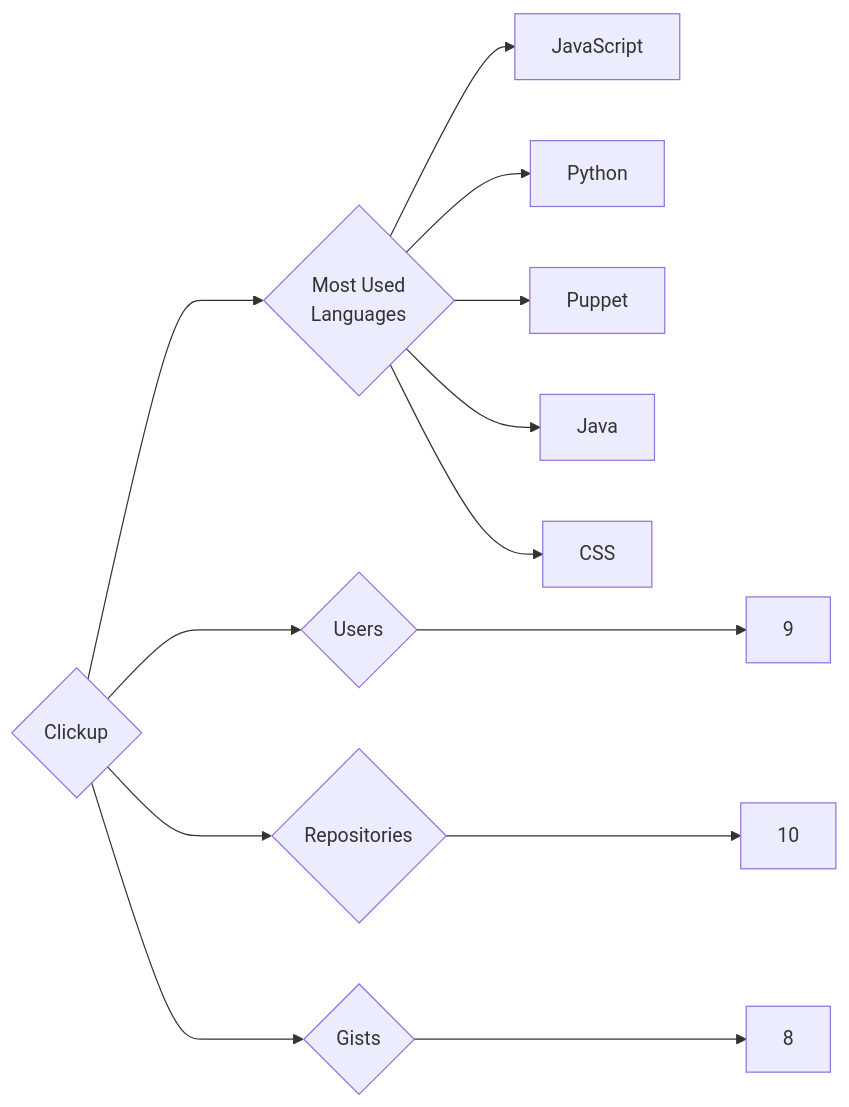
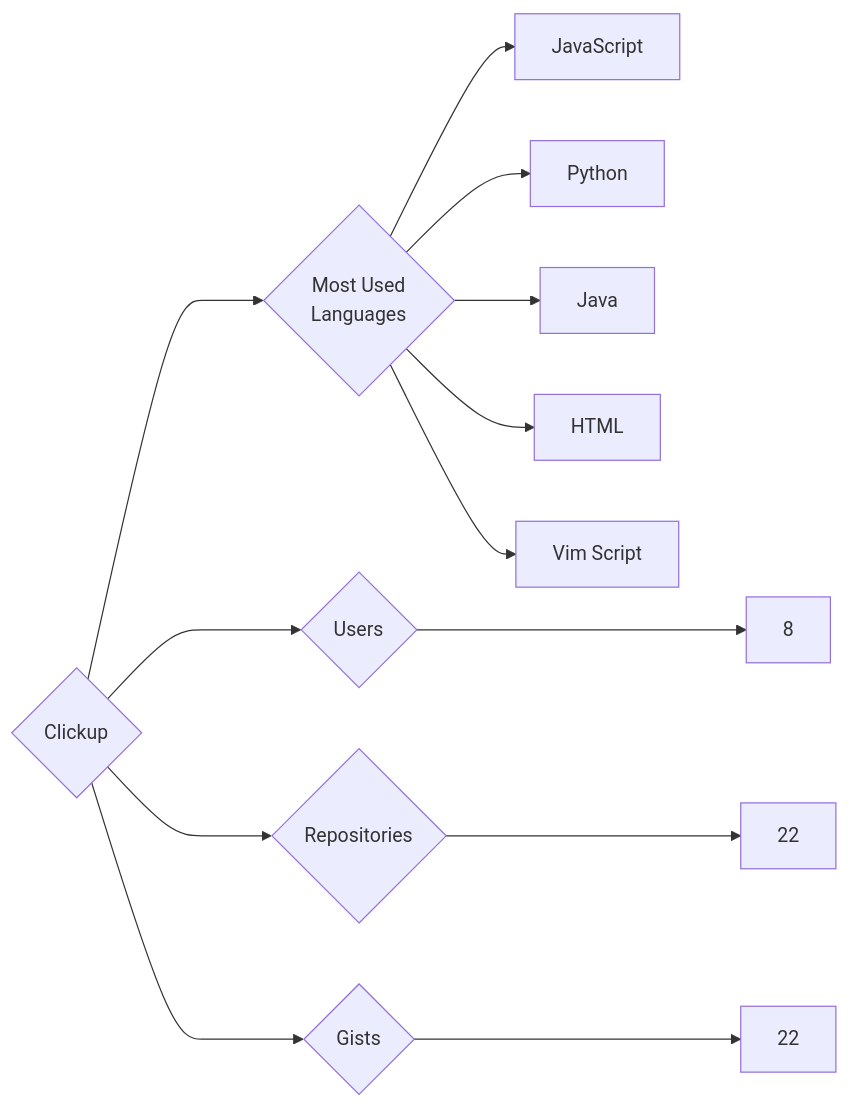
Before and after one commit to trickest/insiders: the diagram in targets/Clickup/README.md, drawn with Mermaid. The commit also changed 1003 other files, not shown here.

````diff
--- a/targets/Clickup/README.md
+++ b/targets/Clickup/README.md
@@ -3,13 +3,13 @@
 ```mermaid
 graph LR
 COMPANY_NAME{Clickup}
-COMPANY_NAME ---> U{Users} ---> UN[9]
-COMPANY_NAME ---> R{Repositories} ---> RN[10]
-COMPANY_NAME ---> G{Gists} ---> GN[8]
+COMPANY_NAME ---> U{Users} ---> UN[8]
+COMPANY_NAME ---> R{Repositories} ---> RN[22]
+COMPANY_NAME ---> G{Gists} ---> GN[22]
 COMPANY_NAME ---> ML{Most Used<br>Languages}
 ML --> JavaScript[JavaScript]
 ML --> Python[Python]
-ML --> Puppet[Puppet]
 ML --> Java[Java]
-ML --> CSS[CSS]
+ML --> HTML[HTML]
+ML --> Vim_Script[Vim Script]
 ```
````
